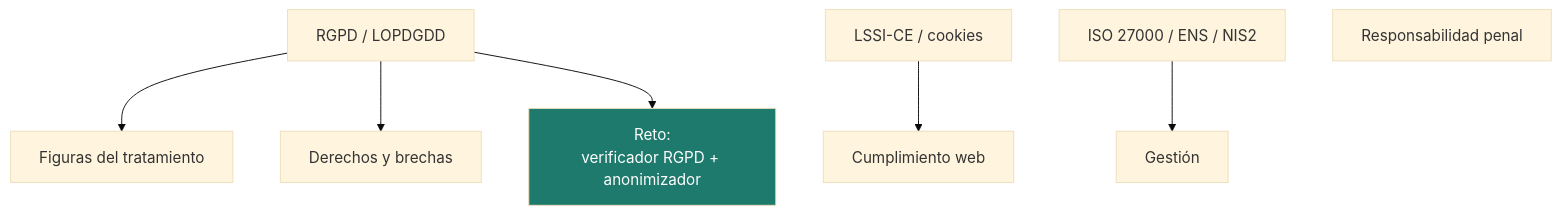
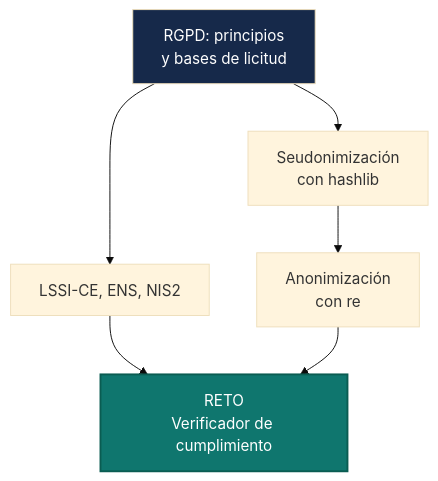
One commit to campusdevfp/cybersec2627 changed the first of 4 diagrams in docs/ud6/index.md. Above: the diagram before and after it, drawn with Mermaid (base theme). The commit also changed other lines of this file and 5 other files, not shown here.

````diff
--- a/docs/ud6/index.md
+++ b/docs/ud6/index.md
@@ -18,10 +10,10 @@
 ```mermaid
 flowchart TB
-    A[RGPD / LOPDGDD] --> B[Figuras del tratamiento]
-    A --> C[Derechos y brechas]
-    D[LSSI-CE / cookies] --> E[Cumplimiento web]
-    F[ISO 27000 / ENS / NIS2] --> G[Gestión]
-    H[Responsabilidad penal]
-    A --> P[Reto:<br/>verificador RGPD + anonimizador]
-    style P fill:#1d7a6c,color:#fff
+    A["RGPD: principios<br/>y bases de licitud"] --> B["LSSI-CE, ENS, NIS2"]
+    A --> C["Seudonimización<br/>con hashlib"]
+    C --> D["Anonimización<br/>con re"]
+    B --> P["RETO<br/>Verificador de cumplimiento"]
+    D --> P
+    style P fill:#0f766e,color:#fff,stroke:#0a5c52,stroke-width:2px
+    style A fill:#16294a,color:#fff
 ```
````
